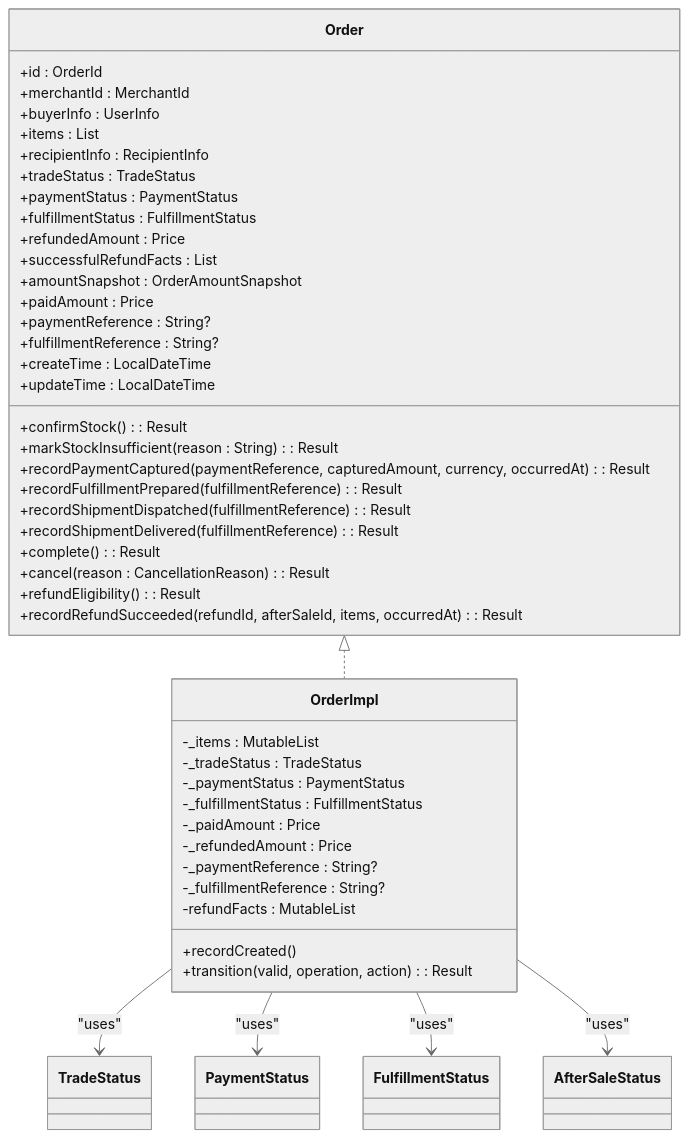
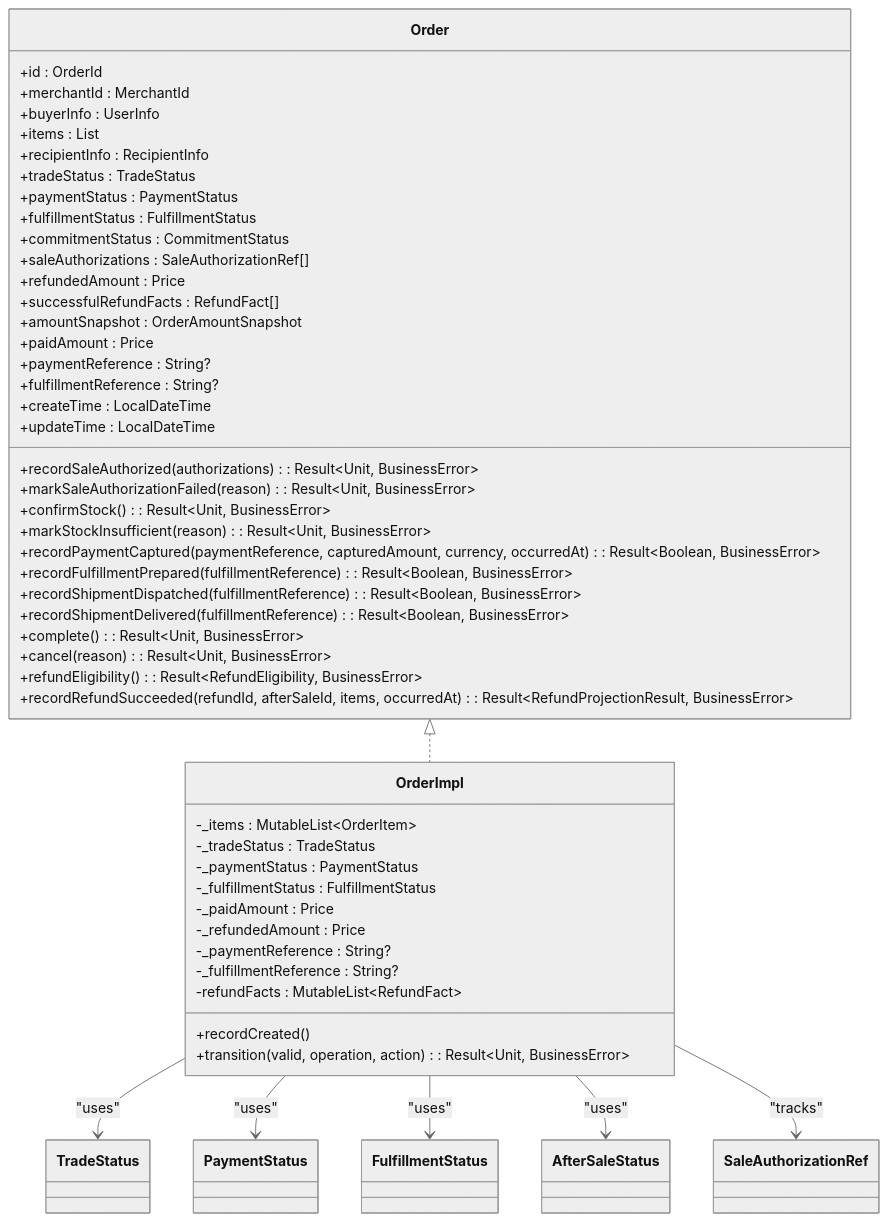
Before and after one commit to ddd-mall/j-store: the third of 8 diagrams in .qoder/repowiki/en/content/Order Management Module/Order Management Module.md, drawn with Mermaid (neutral theme). The commit also changed other lines of this file and 334 other files, not shown here.

````diff
--- a/.qoder/repowiki/en/content/Order Management Module/Order Management Module.md
+++ b/.qoder/repowiki/en/content/Order Management Module/Order Management Module.md
@@ -151,53 +170,59 @@
 ```mermaid
 classDiagram
 class Order {
 +id : OrderId
 +merchantId : MerchantId
 +buyerInfo : UserInfo
 +items : List<OrderItem>
 +recipientInfo : RecipientInfo
 +tradeStatus : TradeStatus
 +paymentStatus : PaymentStatus
 +fulfillmentStatus : FulfillmentStatus
++commitmentStatus : CommitmentStatus
++saleAuthorizations : SaleAuthorizationRef[]
 +refundedAmount : Price
-+successfulRefundFacts : List<RefundFact>
++successfulRefundFacts : RefundFact[]
 +amountSnapshot : OrderAmountSnapshot
 +paidAmount : Price
 +paymentReference : String?
 +fulfillmentReference : String?
 +createTime : LocalDateTime
 +updateTime : LocalDateTime
-+confirmStock() : Result<Unit, BusinessError>
-+markStockInsufficient(reason : String) : Result<Unit, BusinessError>
-+recordPaymentCaptured(paymentReference, capturedAmount, currency, occurredAt) : Result<Boolean, BusinessError>
-+recordFulfillmentPrepared(fulfillmentReference) : Result<Boolean, BusinessError>
-+recordShipmentDispatched(fulfillmentReference) : Result<Boolean, BusinessError>
-+recordShipmentDelivered(fulfillmentReference) : Result<Boolean, BusinessError>
-+complete() : Result<Unit, BusinessError>
-+cancel(reason : CancellationReason) : Result<Unit, BusinessError>
-+refundEligibility() : Result<RefundEligibility, BusinessError>
-+recordRefundSucceeded(refundId, afterSaleId, items, occurredAt) : Result<RefundProjectionResult, BusinessError>
++recordSaleAuthorized(authorizations) : Result~Unit, BusinessError~
++markSaleAuthorizationFailed(reason) : Result~Unit, BusinessError~
++confirmStock() : Result~Unit, BusinessError~
++markStockInsufficient(reason) : Result~Unit, BusinessError~
++recordPaymentCaptured(paymentReference, capturedAmount, currency, occurredAt) : Result~Boolean, BusinessError~
++recordFulfillmentPrepared(fulfillmentReference) : Result~Boolean, BusinessError~
++recordShipmentDispatched(fulfillmentReference) : Result~Boolean, BusinessError~
++recordShipmentDelivered(fulfillmentReference) : Result~Boolean, BusinessError~
++complete() : Result~Unit, BusinessError~
++cancel(reason) : Result~Unit, BusinessError~
++refundEligibility() : Result~RefundEligibility, BusinessError~
++recordRefundSucceeded(refundId, afterSaleId, items, occurredAt) : Result~RefundProjectionResult, BusinessError~
 }
 class OrderImpl {
--_items : MutableList<OrderItem>
+-_items : MutableList~OrderItem~
 -_tradeStatus : TradeStatus
 -_paymentStatus : PaymentStatus
 -_fulfillmentStatus : FulfillmentStatus
 -_paidAmount : Price
 -_refundedAmount : Price
 -_paymentReference : String?
 -_fulfillmentReference : String?
--refundFacts : MutableList<RefundFact>
+-refundFacts : MutableList~RefundFact~
 +recordCreated()
-+transition(valid, operation, action) : Result<Unit, BusinessError>
++transition(valid, operation, action) : Result~Unit, BusinessError~
 }
 class TradeStatus
 class PaymentStatus
 class FulfillmentStatus
 class AfterSaleStatus
+class SaleAuthorizationRef
 Order <|.. OrderImpl
 OrderImpl --> TradeStatus : "uses"
 OrderImpl --> PaymentStatus : "uses"
 OrderImpl --> FulfillmentStatus : "uses"
 OrderImpl --> AfterSaleStatus : "uses"
+OrderImpl --> SaleAuthorizationRef : "tracks"
 ```
````
